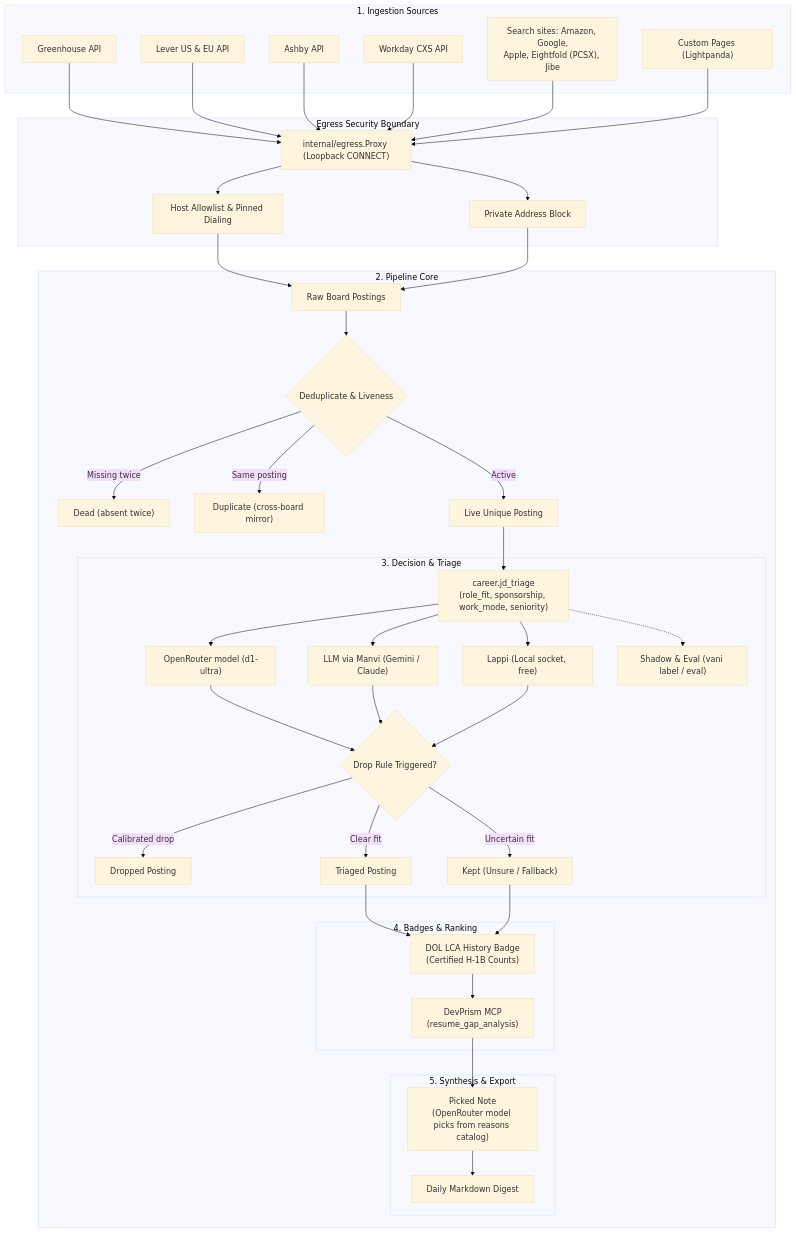
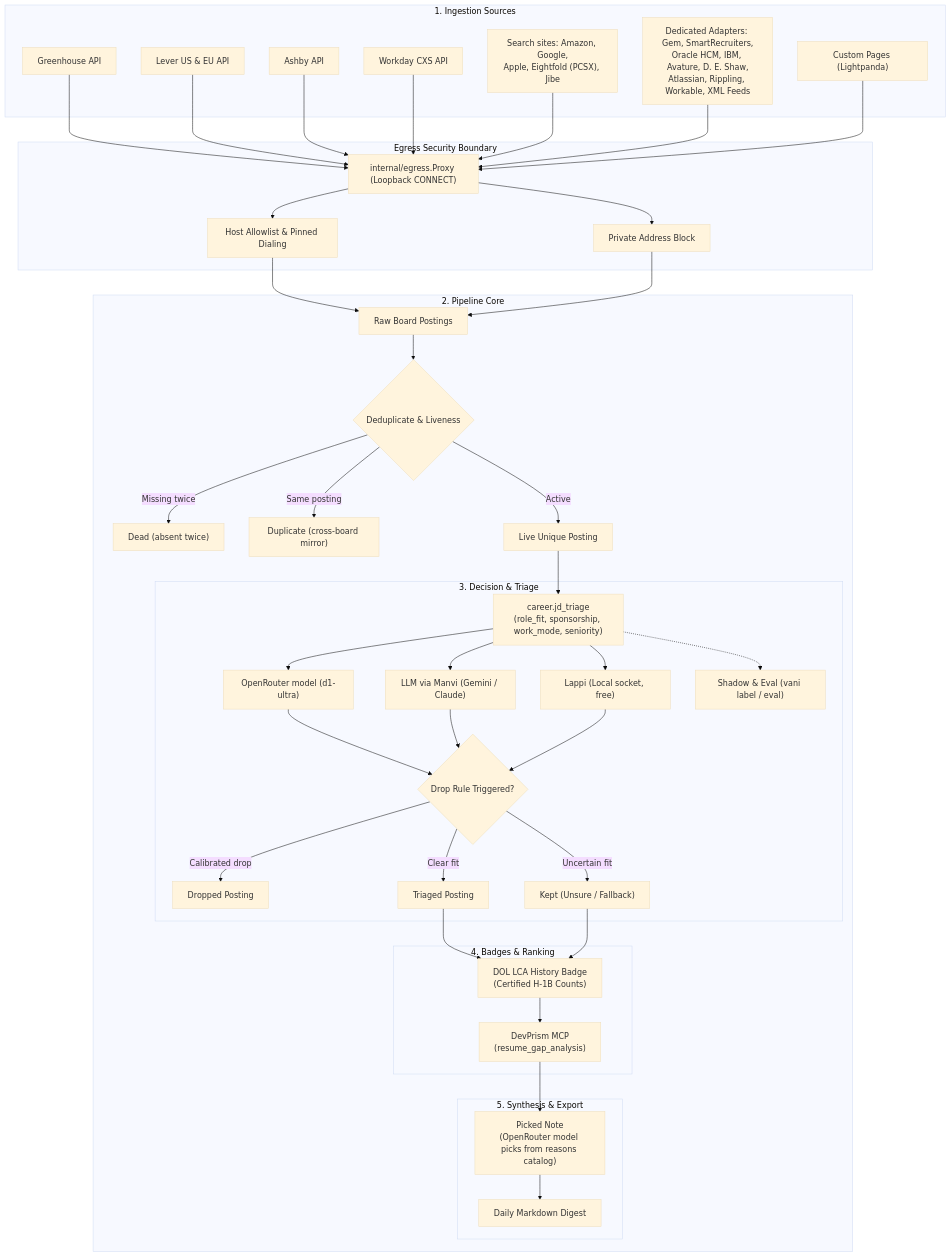
Before and after one commit to bharathvbcr/vani: the first of 4 diagrams in README.md, drawn with Mermaid (base theme). The commit also changed other lines of this file and 8 other files, not shown here.

````diff
--- a/README.md
+++ b/README.md
@@ -23,68 +23,69 @@
 ```mermaid
 flowchart TD
     subgraph Sources["1. Ingestion Sources"]
         GH["Greenhouse API"]
         LV["Lever US & EU API"]
         AB["Ashby API"]
         WD["Workday CXS API"]
         SS["Search sites: Amazon, Google,\nApple, Eightfold (PCSX), Jibe"]
+        AD["Dedicated Adapters: Gem, SmartRecruiters,\nOracle HCM, IBM, Avature, D. E. Shaw,\nAtlassian, Rippling, Workable, XML Feeds"]
         PG["Custom Pages (Lightpanda)"]
     end
 
     subgraph Egress["Egress Security Boundary"]
         EP["internal/egress.Proxy (Loopback CONNECT)"]
         AL["Host Allowlist & Pinned Dialing"]
         PB["Private Address Block"]
     end
 
     subgraph Pipeline["2. Pipeline Core"]
         RAW["Raw Board Postings"]
         DEDUP{"Deduplicate & Liveness"}
         DEAD["Dead (absent twice)"]
         DUP["Duplicate (cross-board mirror)"]
         LIVE["Live Unique Posting"]
 
         subgraph Triage["3. Decision & Triage"]
             TR["career.jd_triage\n(role_fit, sponsorship, work_mode, seniority)"]
             ORT["OpenRouter model (d1-ultra)"]
             LLM["LLM via Manvi (Gemini / Claude)"]
             LAP["Lappi (Local socket, free)"]
             SHADOW["Shadow & Eval (vani label / eval)"]
             DROP_RULE{"Drop Rule Triggered?"}
             DROP["Dropped Posting"]
             UNSURE["Kept (Unsure / Fallback)"]
             TRIAGED["Triaged Posting"]
         end
 
         subgraph Enrich["4. Badges & Ranking"]
             LCA["DOL LCA History Badge\n(Certified H-1B Counts)"]
             DEVPRISM["DevPrism MCP\n(resume_gap_analysis)"]
         end
 
         subgraph Output["5. Synthesis & Export"]
             EXP["Picked Note\n(OpenRouter model picks from reasons catalog)"]
             DIGEST["Daily Markdown Digest"]
         end
     end
 
-    GH & LV & AB & WD & SS --> EP
+    GH & LV & AB & WD & SS & AD --> EP
     PG --> EP
     EP --> AL & PB --> RAW
     RAW --> DEDUP
     DEDUP -->|Missing twice| DEAD
     DEDUP -->|Same posting| DUP
     DEDUP -->|Active| LIVE
 
     LIVE --> TR
     TR --> ORT & LLM & LAP
     TR -.-> SHADOW
     ORT & LLM & LAP --> DROP_RULE
     DROP_RULE -->|Calibrated drop| DROP
     DROP_RULE -->|Uncertain fit| UNSURE
     DROP_RULE -->|Clear fit| TRIAGED
 
     TRIAGED & UNSURE --> LCA
     LCA --> DEVPRISM
     DEVPRISM --> EXP
     EXP --> DIGEST
 ```
````
